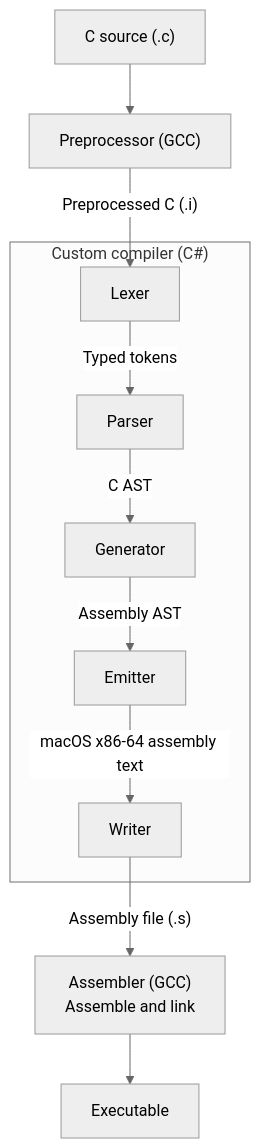
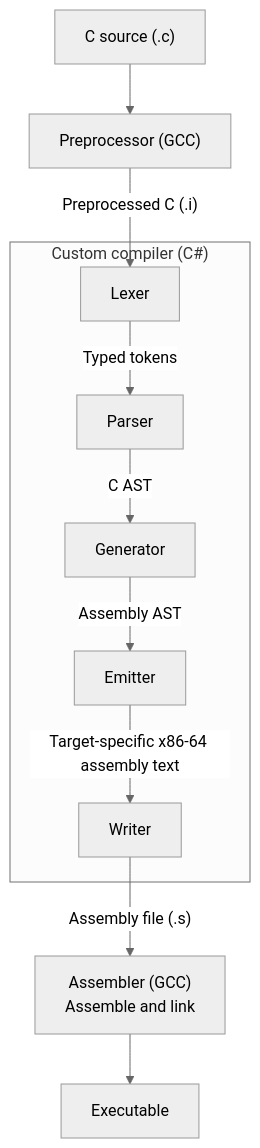
One commit to zachdillard/Compiler changed the diagram in docs/architecture.md. Above: the diagram before and after it, drawn with Mermaid (neutral theme). The commit also changed other lines of this file and 9 other files, not shown here.

````diff
--- a/docs/architecture.md
+++ b/docs/architecture.md
@@ -24,15 +24,15 @@
 ```mermaid
 flowchart TD
     source["C source (.c)"] --> preprocessor["Preprocessor (GCC)"]
     preprocessor -->|"Preprocessed C (.i)"| lexer
 
     subgraph custom["Custom compiler (C#)"]
         lexer["Lexer"] -->|"Typed tokens"| parser["Parser"]
         parser -->|"C AST"| generator["Generator"]
         generator -->|"Assembly AST"| emitter["Emitter"]
-        emitter -->|"macOS x86-64 assembly text"| writer["Writer"]
+        emitter -->|"Target-specific x86-64 assembly text"| writer["Writer"]
     end
 
     writer -->|"Assembly file (.s)"| assembler["Assembler (GCC)<br/>Assemble and link"]
     assembler --> executable["Executable"]
 ```
````
